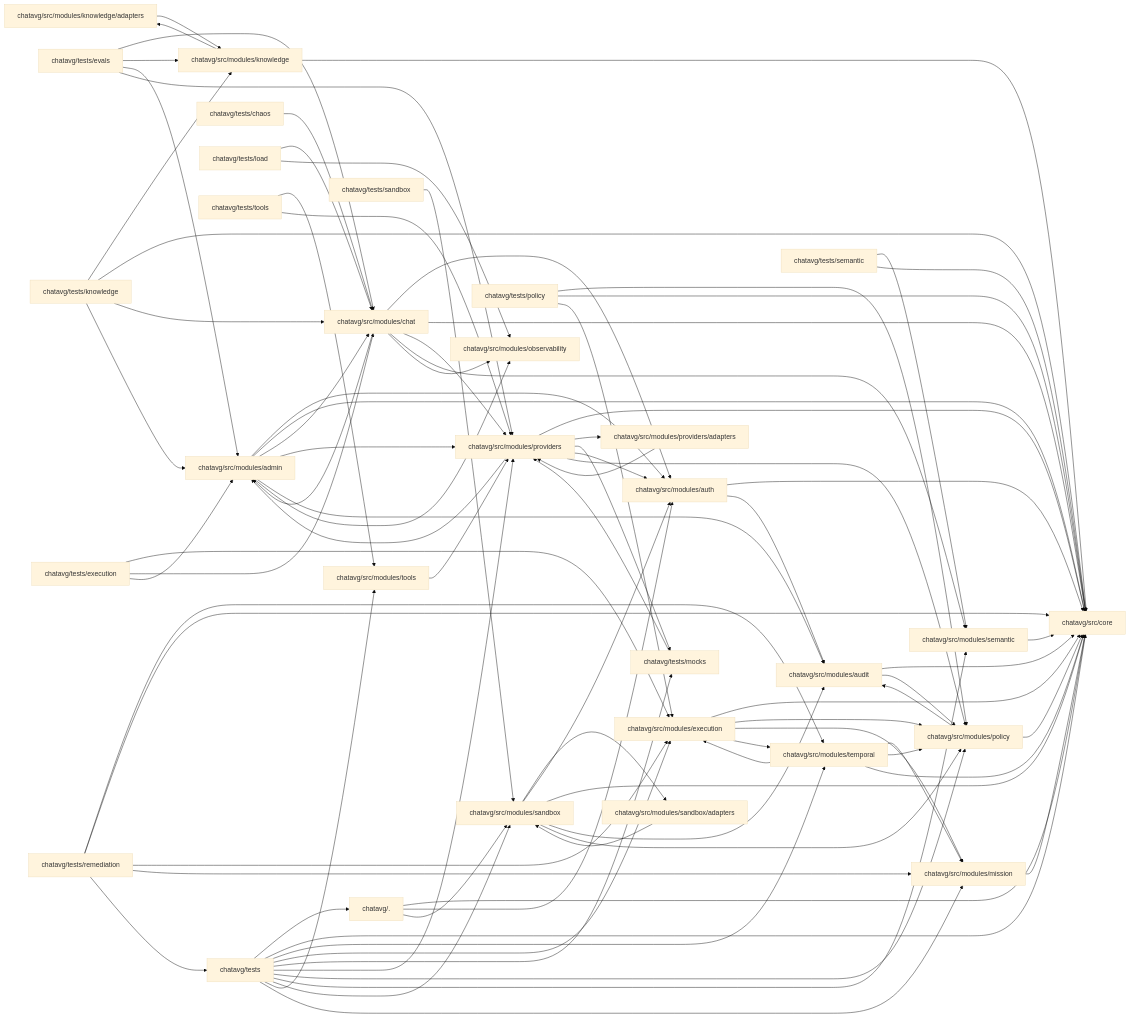
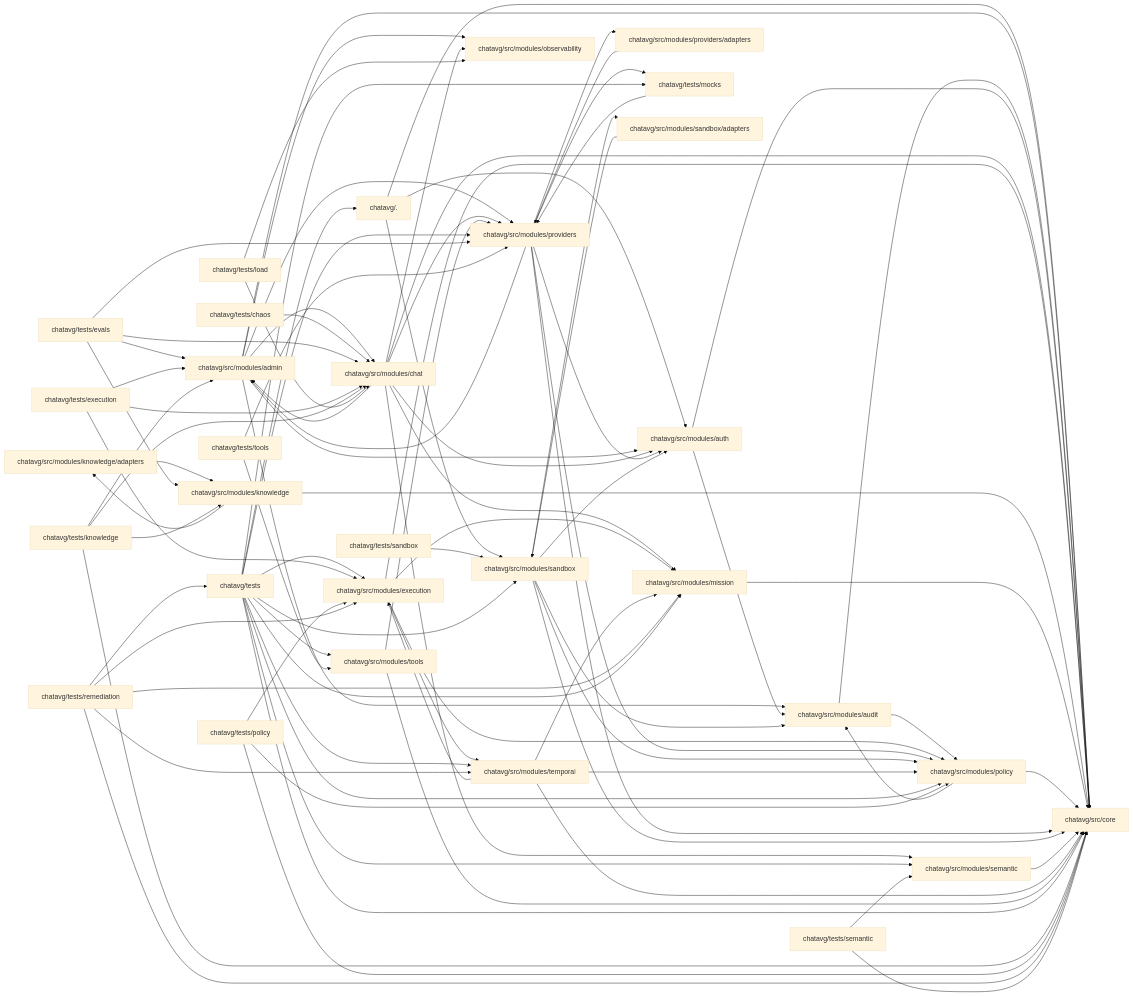
The first of 2 diagrams in PROJECT_MAP.md (xlabkm-ux/chat_avg), drawn with Mermaid (base theme) before and after one commit. The commit also changed other lines of this file and 9 other files, not shown here.

```diff
--- a/PROJECT_MAP.md
+++ b/PROJECT_MAP.md
@@ -29,8 +29,8 @@
   H8["chatavg/src/modules/observability"]
   H9["chatavg/src/modules/policy"]
   H10["chatavg/src/modules/semantic"]
-  H11["chatavg/src/modules/execution"]
-  H12["chatavg/src/modules/mission"]
+  H11["chatavg/src/modules/mission"]
+  H12["chatavg/src/modules/execution"]
   H13["chatavg/src/modules/temporal"]
   H14["chatavg/src/modules/knowledge/adapters"]
   H15["chatavg/src/modules/knowledge"]
@@ -62,20 +62,21 @@
   H7 --> H9
   H2 --> H1
   H2 --> H7
+  H5 --> H4
+  H5 --> H1
   H5 --> H2
-  H5 --> H1
-  H5 --> H4
+  H5 --> H8
+  H5 --> H10
   H5 --> H6
-  H5 --> H10
-  H5 --> H8
-  H11 --> H1
-  H11 --> H9
-  H11 --> H12
-  H11 --> H13
+  H5 --> H11
+  H12 --> H1
+  H12 --> H9
+  H12 --> H11
+  H12 --> H13
   H14 --> H15
   H15 --> H1
   H15 --> H14
-  H12 --> H1
+  H11 --> H1
   H9 --> H1
   H9 --> H7
   H16 --> H6
@@ -92,15 +93,16 @@
   H3 --> H7
   H3 --> H9
   H10 --> H1
+  H13 --> H12
   H13 --> H11
-  H13 --> H12
   H13 --> H9
   H13 --> H1
   H19 --> H6
+  H19 --> H1
   H20 --> H0
   H20 --> H1
   H20 --> H13
-  H20 --> H11
+  H20 --> H12
   H21 --> H5
   H20 --> H17
   H20 --> H6
@@ -110,7 +112,7 @@
   H22 --> H15
   H22 --> H4
   H22 --> H6
-  H23 --> H11
+  H23 --> H12
   H23 --> H5
   H23 --> H4
   H24 --> H15
@@ -122,16 +124,16 @@
   H17 --> H6
   H26 --> H9
   H26 --> H1
-  H26 --> H11
+  H26 --> H12
   H27 --> H13
   H27 --> H1
+  H27 --> H12
   H27 --> H11
-  H27 --> H12
   H27 --> H20
   H28 --> H3
   H20 --> H3
   H20 --> H19
-  H20 --> H12
+  H20 --> H11
   H29 --> H10
   H29 --> H1
   H30 --> H19
```
